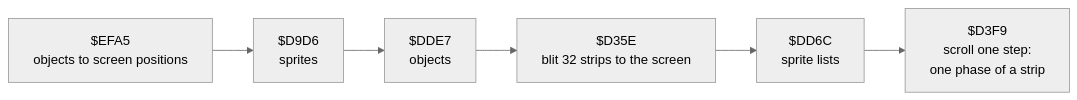
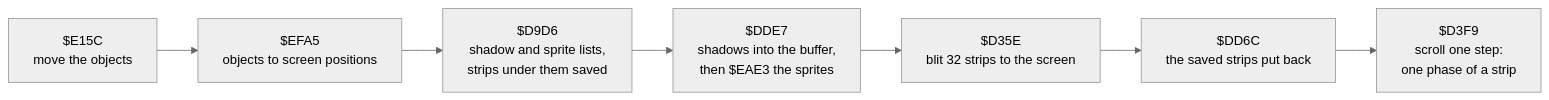
Before and after one commit to alfishe/unrealng-reverse-cases: the first of 2 diagrams in hate/docs/06-rendering.md, drawn with Mermaid (neutral theme). The commit also changed other lines of this file and 38 other files, not shown here.

````diff
--- a/hate/docs/06-rendering.md
+++ b/hate/docs/06-rendering.md
@@ -19,8 +20,9 @@
 ```mermaid
 flowchart LR
-    E["$EFA5<br/>objects to screen positions"] --> S["$D9D6<br/>sprites"]
-    S --> O["$DDE7<br/>objects"]
+    M["$E15C<br/>move the objects"] --> E["$EFA5<br/>objects to screen positions"]
+    E --> S["$D9D6<br/>shadow and sprite lists,<br/>strips under them saved"]
+    S --> O["$DDE7<br/>shadows into the buffer,<br/>then $EAE3 the sprites"]
     O --> B["$D35E<br/>blit 32 strips to the screen"]
-    B --> R["$DD6C<br/>sprite lists"]
+    B --> R["$DD6C<br/>the saved strips put back"]
     R --> C["$D3F9<br/>scroll one step:<br/>one phase of a strip"]
 ```
````
